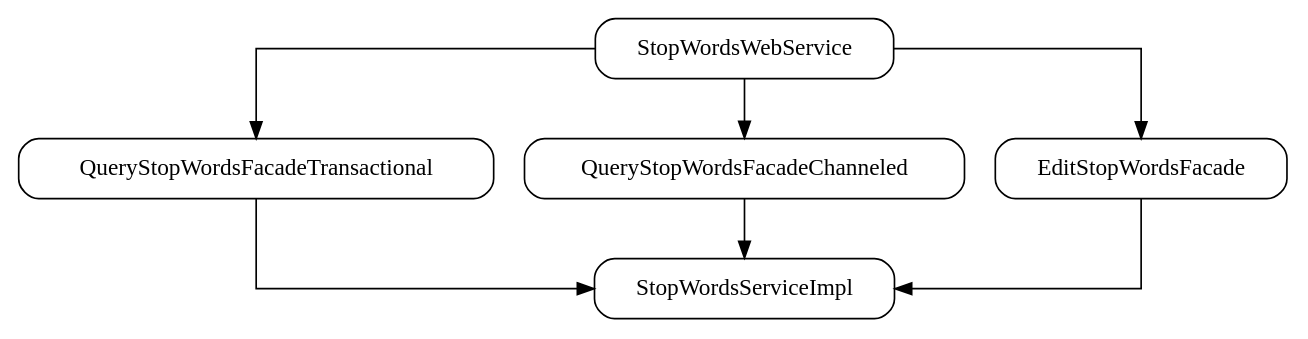
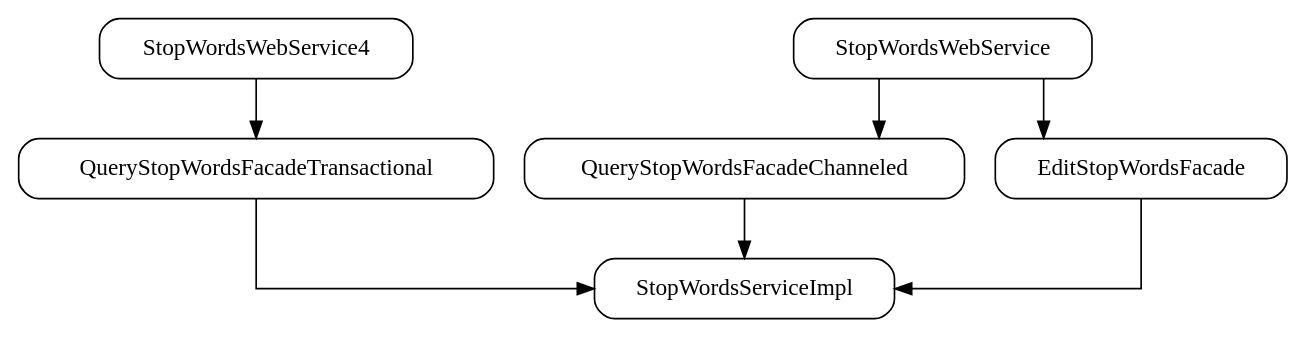
The diagram in stopwordsimpl.dot (ewirch/composition-over-inheritance-talk), drawn with Graphviz before and after one commit. The commit also changed 2 other files, not shown here.

```diff
--- a/stopwordsimpl.dot
+++ b/stopwordsimpl.dot
@@ -1,10 +1,10 @@
 strict digraph {
 	graph [splines=ortho]
 	node [shape=box,style=rounded]
-	StopWordsWebService -> QueryStopWordsFacadeTransactional
+	StopWordsWebService4 -> QueryStopWordsFacadeTransactional
 	StopWordsWebService -> QueryStopWordsFacadeChanneled
 	StopWordsWebService -> EditStopWordsFacade
 	QueryStopWordsFacadeTransactional -> StopWordsServiceImpl
 	QueryStopWordsFacadeChanneled -> StopWordsServiceImpl
 	EditStopWordsFacade -> StopWordsServiceImpl
 }
```
